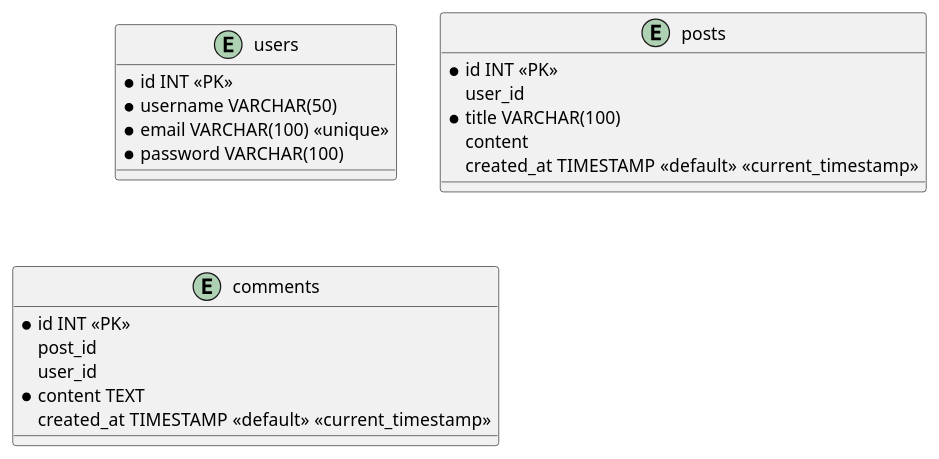
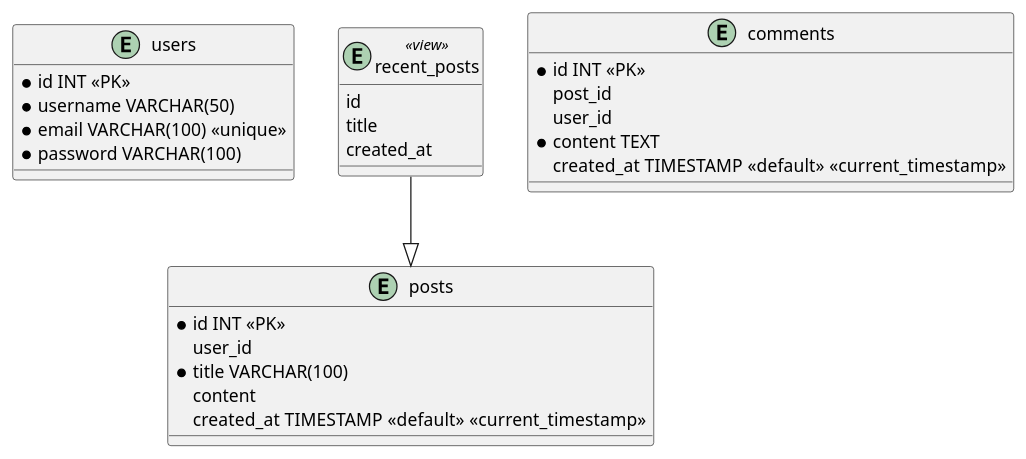
The diagram in output/outputdiagram.puml (jsromero98/ddl2umltranslator), drawn with PlantUML before and after one commit. The commit also changed 1 other file, not shown here.

```diff
--- a/output/outputdiagram.puml
+++ b/output/outputdiagram.puml
@@ -1,26 +1,33 @@
 @startuml 
 entity users { 
 {field}* id INT << PK >> 
 {field}* username VARCHAR(50) 
 {field}* email VARCHAR(100) << unique >>  
 {field}* password VARCHAR(100) 
 } 
  
 entity posts { 
 {field}* id INT << PK >> 
 {field}user_id 
 {field}* title VARCHAR(100) 
 {field}content 
 {field}created_at TIMESTAMP << default >>  << current_timestamp >>  
 } 
  
 entity comments { 
 {field}* id INT << PK >> 
 {field}post_id 
 {field}user_id 
 {field}* content TEXT 
 {field}created_at TIMESTAMP << default >>  << current_timestamp >>  
 } 
  
+entity recent_posts << view >> { 
+{field} id 
+{field} title 
+{field} created_at 
+} 
+ 
+ recent_posts --|> posts 
  
  @enduml
```
